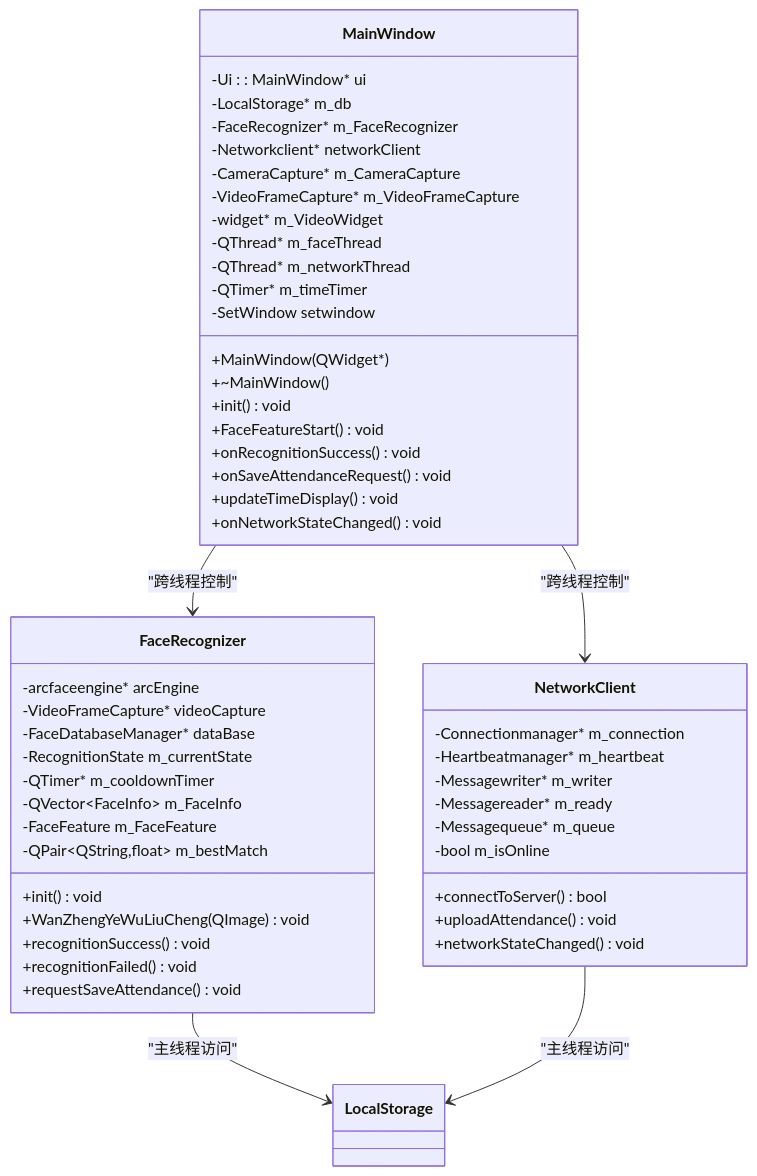
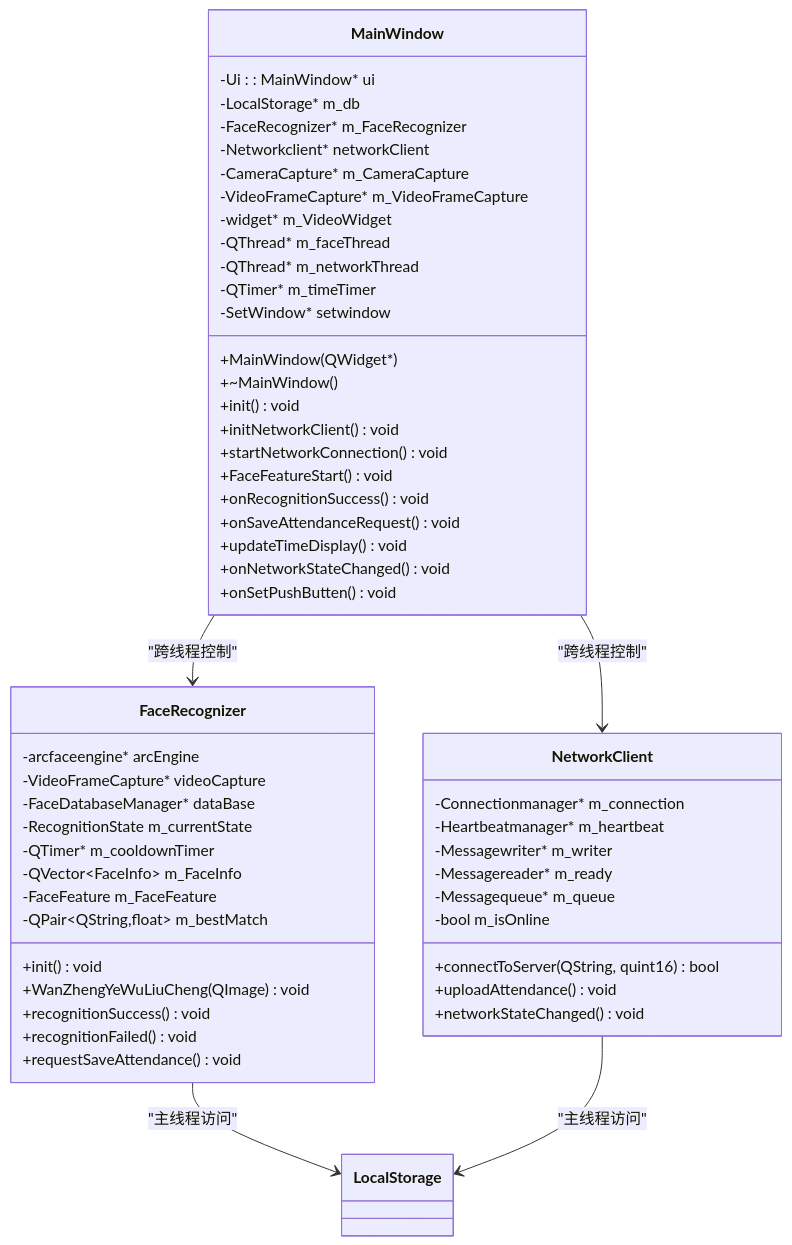
Before and after one commit to HeQiTZD/Triple-terminal-Attendance-Punching-System: the third of 15 diagrams in .qoder/repowiki/zh/content/Main Application Integration.md, drawn with Mermaid. The commit also changed other lines of this file and 27 other files, not shown here.

````diff
--- a/.qoder/repowiki/zh/content/Main Application Integration.md
+++ b/.qoder/repowiki/zh/content/Main Application Integration.md
@@ -203,54 +206,57 @@
 ```mermaid
 classDiagram
 class MainWindow {
 -Ui : : MainWindow* ui
 -LocalStorage* m_db
 -FaceRecognizer* m_FaceRecognizer
 -Networkclient* networkClient
 -CameraCapture* m_CameraCapture
 -VideoFrameCapture* m_VideoFrameCapture
 -widget* m_VideoWidget
 -QThread* m_faceThread
 -QThread* m_networkThread
 -QTimer* m_timeTimer
--SetWindow setwindow
+-SetWindow* setwindow
 +MainWindow(QWidget*)
 +~MainWindow()
 +init() void
++initNetworkClient() void
++startNetworkConnection() void
 +FaceFeatureStart() void
 +onRecognitionSuccess() void
 +onSaveAttendanceRequest() void
 +updateTimeDisplay() void
 +onNetworkStateChanged() void
++onSetPushButten() void
 }
 class FaceRecognizer {
 -arcfaceengine* arcEngine
 -VideoFrameCapture* videoCapture
 -FaceDatabaseManager* dataBase
 -RecognitionState m_currentState
 -QTimer* m_cooldownTimer
 -QVector~FaceInfo~ m_FaceInfo
 -FaceFeature m_FaceFeature
 -QPair~QString,float~ m_bestMatch
 +init() void
 +WanZhengYeWuLiuCheng(QImage) void
 +recognitionSuccess() void
 +recognitionFailed() void
 +requestSaveAttendance() void
 }
 class NetworkClient {
 -Connectionmanager* m_connection
 -Heartbeatmanager* m_heartbeat
 -Messagewriter* m_writer
 -Messagereader* m_ready
 -Messagequeue* m_queue
 -bool m_isOnline
-+connectToServer() bool
++connectToServer(QString, quint16) bool
 +uploadAttendance() void
 +networkStateChanged() void
 }
 MainWindow --> FaceRecognizer : "跨线程控制"
 MainWindow --> NetworkClient : "跨线程控制"
 FaceRecognizer --> LocalStorage : "主线程访问"
 NetworkClient --> LocalStorage : "主线程访问"
 ```
````
